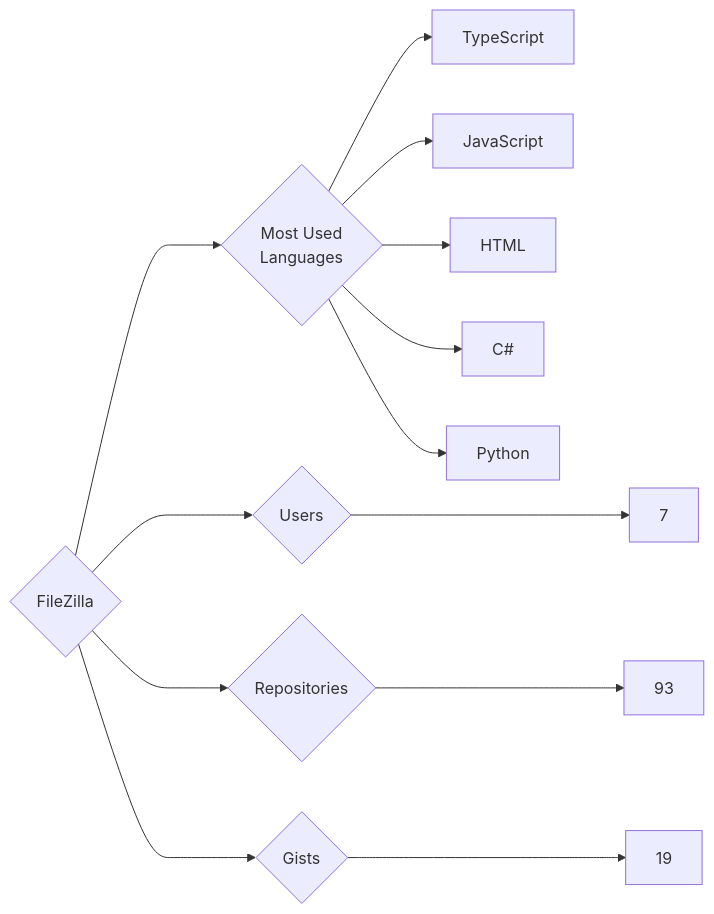
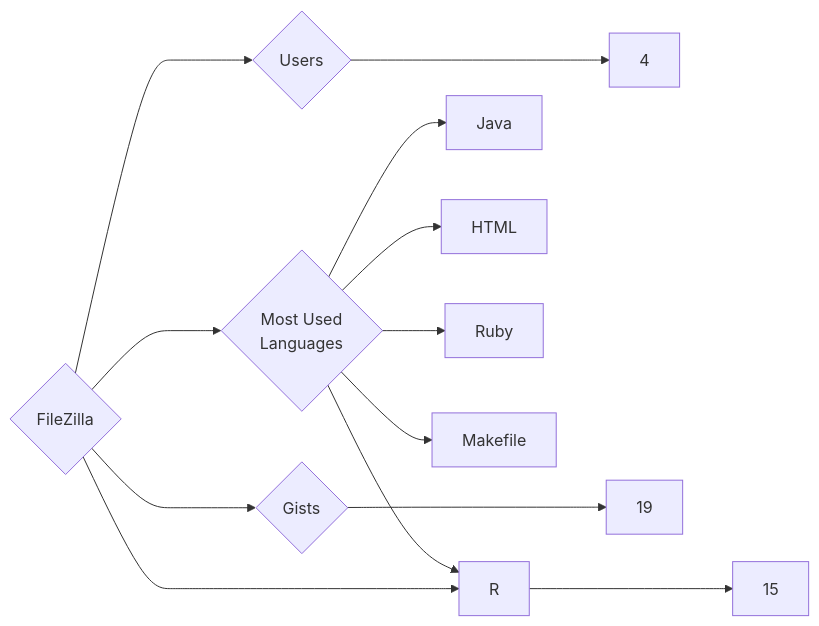
The diagram in targets/FileZilla/README.md (trickest/insiders), drawn with Mermaid before and after one commit. The commit also changed 1020 other files, not shown here.

````diff
--- a/targets/FileZilla/README.md
+++ b/targets/FileZilla/README.md
@@ -3,13 +3,13 @@
 ```mermaid
 graph LR
 COMPANY_NAME{FileZilla}
-COMPANY_NAME ---> U{Users} ---> UN[7]
-COMPANY_NAME ---> R{Repositories} ---> RN[93]
+COMPANY_NAME ---> U{Users} ---> UN[4]
+COMPANY_NAME ---> R{Repositories} ---> RN[15]
 COMPANY_NAME ---> G{Gists} ---> GN[19]
 COMPANY_NAME ---> ML{Most Used<br>Languages}
-ML --> TypeScript[TypeScript]
-ML --> JavaScript[JavaScript]
+ML --> Java[Java]
+ML --> R[R]
 ML --> HTML[HTML]
-ML --> C#[C#]
-ML --> Python[Python]
+ML --> Ruby[Ruby]
+ML --> Makefile[Makefile]
 ```
````
